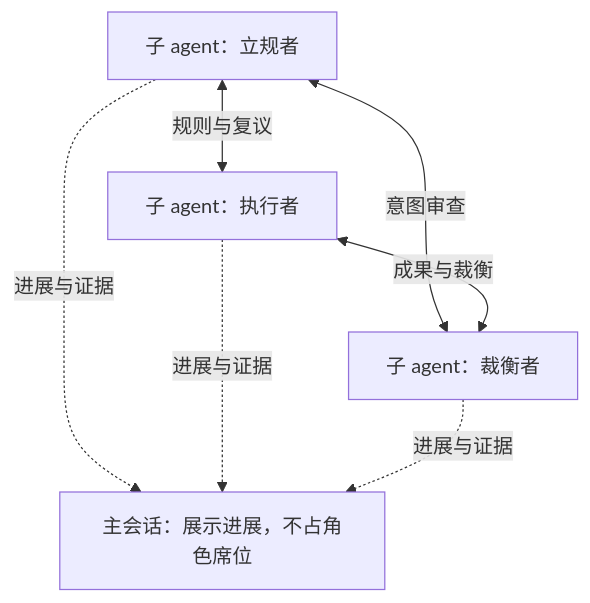
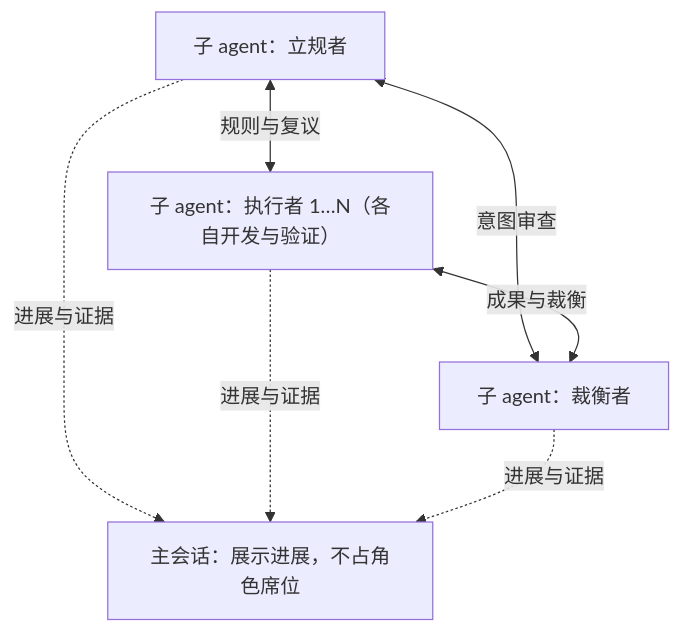
Before and after one commit to Geruyang/GAS-Agent-Skills: the second of 3 diagrams in README.md, drawn with Mermaid. The commit also changed other lines of this file and 62 other files, not shown here.

````diff
--- a/README.md
+++ b/README.md
@@ -83,13 +89,13 @@
 ```mermaid
 flowchart TB
     Main["主会话：展示进展，不占角色席位"]
     L["子 agent：立规者"]
-    E["子 agent：执行者"]
+    E["子 agent：执行者 1…N（各自开发与验证）"]
     A["子 agent：裁衡者"]
     L <-->|规则与复议| E
     L <-->|意图审查| A
     E <-->|成果与裁衡| A
     L -.->|进展与证据| Main
     E -.->|进展与证据| Main
     A -.->|进展与证据| Main
 ```
````
